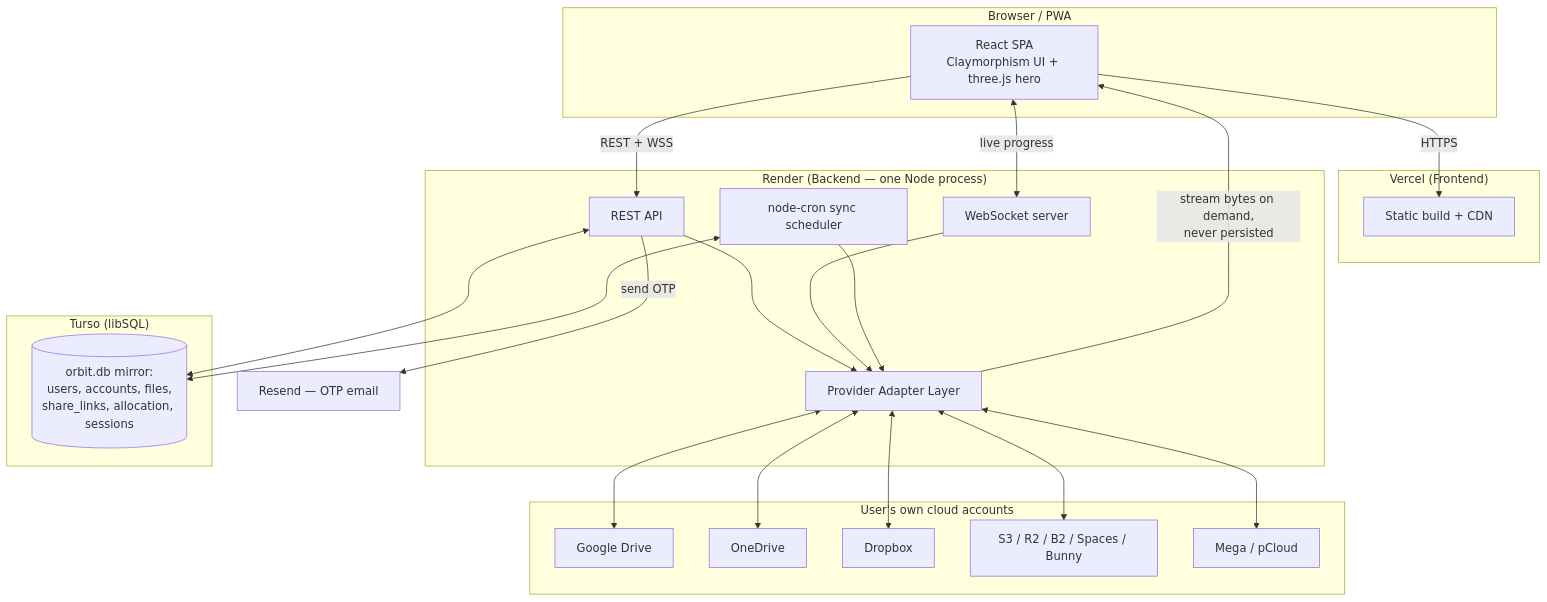
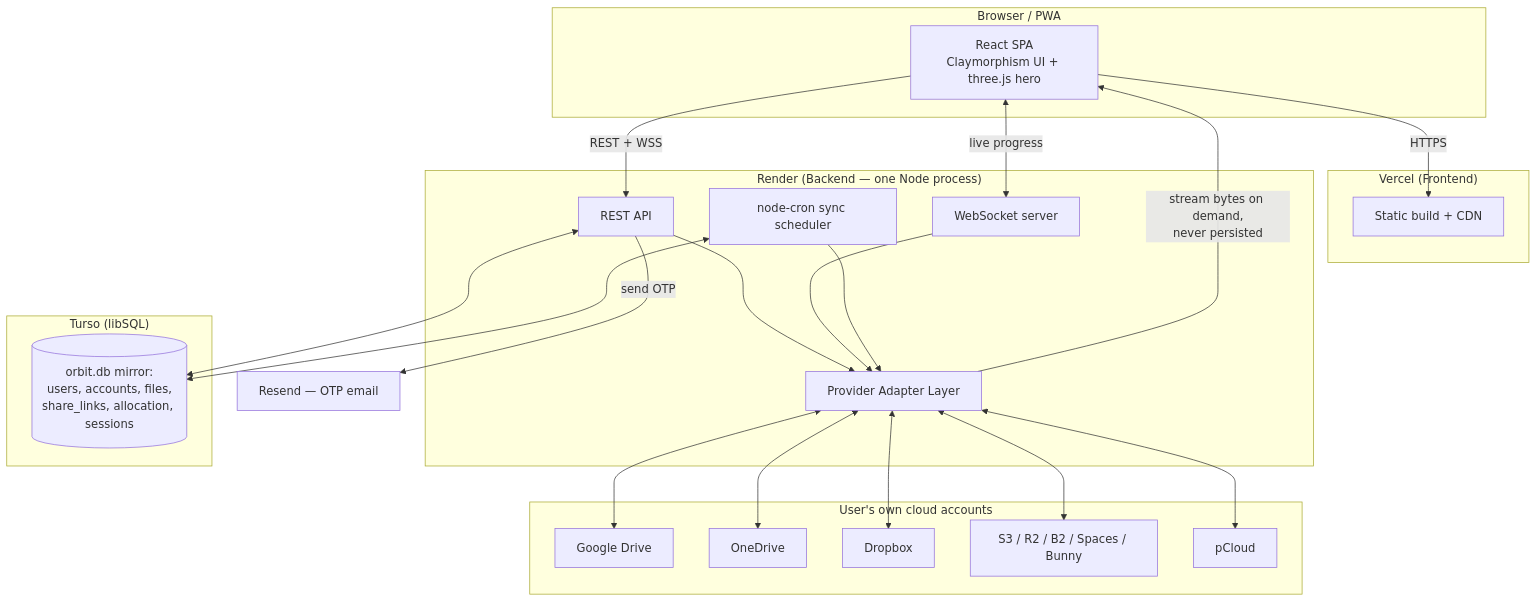
Before and after one commit to harshitsaini-dev/orbit: the first of 4 diagrams in docs/02-architecture.md, drawn with Mermaid. The commit also changed other lines of this file and 4 other files, not shown here.

````diff
--- a/docs/02-architecture.md
+++ b/docs/02-architecture.md
@@ -41,43 +41,43 @@
 ```mermaid
 flowchart TB
     subgraph Client["Browser / PWA"]
         UI[React SPA<br/>Claymorphism UI + three.js hero]
     end
 
     subgraph Vercel["Vercel (Frontend)"]
         FE[Static build + CDN]
     end
 
     subgraph Render["Render (Backend — one Node process)"]
         API[REST API]
         WS[WebSocket server]
         CRON[node-cron sync scheduler]
         ADAPT[Provider Adapter Layer]
     end
 
     subgraph Turso["Turso (libSQL)"]
         DB[(orbit.db mirror:<br/>users, accounts, files,<br/>share_links, allocation, sessions)]
     end
 
     subgraph Providers["User's own cloud accounts"]
         GD[Google Drive]
         OD[OneDrive]
         DB2[Dropbox]
         S3P[S3 / R2 / B2 / Spaces / Bunny]
-        MEGA[Mega / pCloud]
+        PC[pCloud]
     end
 
     Resend[Resend — OTP email]
 
     UI -->|HTTPS| FE
     UI -->|REST + WSS| API
     UI <-->|live progress| WS
     API --> ADAPT
     WS --> ADAPT
     CRON --> ADAPT
-    ADAPT <--> GD & OD & DB2 & S3P & MEGA
+    ADAPT <--> GD & OD & DB2 & S3P & PC
     API <--> DB
     CRON <--> DB
     API -->|send OTP| Resend
     ADAPT -->|stream bytes on demand,<br/>never persisted| UI
 ```
````
